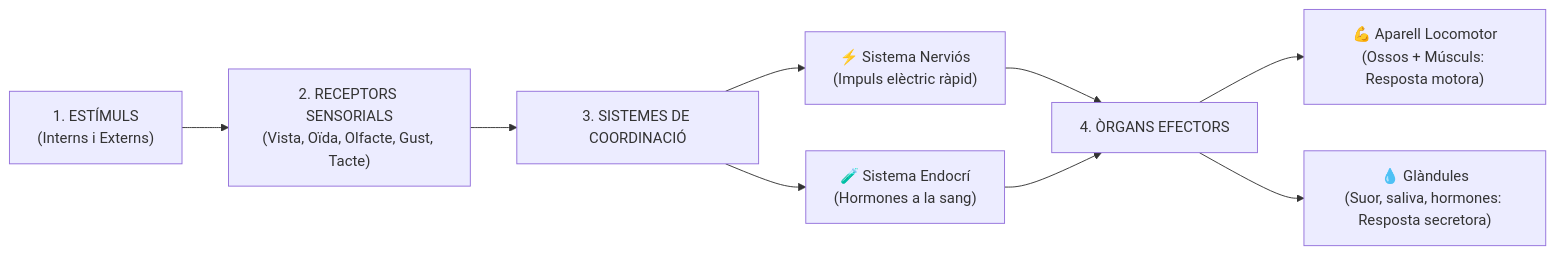
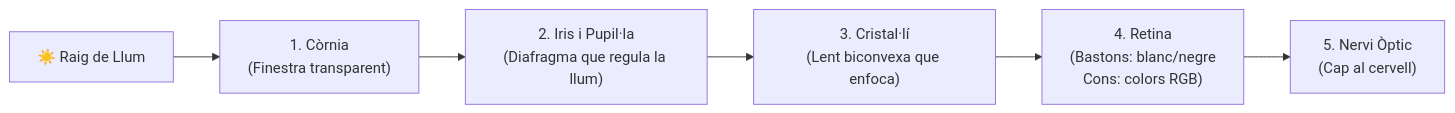
Before and after one commit to socderafel/socderafel.github.io: the third of 6 diagrams in biblioteca-cicles/01_FP_Basica/1fpb-ciencies-aplicades/nat08/index.md, drawn with Mermaid. The commit also changed other lines of this file and 68 other files, not shown here.

````diff
--- a/biblioteca-cicles/01_FP_Basica/1fpb-ciencies-aplicades/nat08/index.md
+++ b/biblioteca-cicles/01_FP_Basica/1fpb-ciencies-aplicades/nat08/index.md
@@ -32,17 +374,14 @@
 ```mermaid
 flowchart LR
-  A["1. ESTÍMULS
-(Interns i Externs)"] --> B["2. RECEPTORS SENSORIALS
-(Vista, Oïda, Olfacte, Gust, Tacte)"]
-  B --> C["3. SISTEMES DE COORDINACIÓ"]
-  C --> C1["⚡ Sistema Nerviós
-(Impuls elèctric ràpid)"]
-  C --> C2["🧪 Sistema Endocrí
-(Hormones a la sang)"]
-  C1 --> D["4. ÒRGANS EFECTORS"]
-  C2 --> D
-  D --> D1["💪 Aparell Locomotor
-(Ossos + Músculs: Resposta motora)"]
-  D --> D2["💧 Glàndules
-(Suor, saliva, hormones: Resposta secretora)"]
+  L["☀️ Raig de Llum"] --> C["1. Còrnia
+(Finestra transparent)"]
+  C --> P["2. Iris i Pupil·la
+(Diafragma que regula la llum)"]
+  P --> CR["3. Cristal·lí
+(Lent biconvexa que enfoca)"]
+  CR --> R["4. Retina
+(Bastons: blanc/negre
+Cons: colors RGB)"]
+  R --> NO["5. Nervi Òptic
+(Cap al cervell)"]
 ```
````
